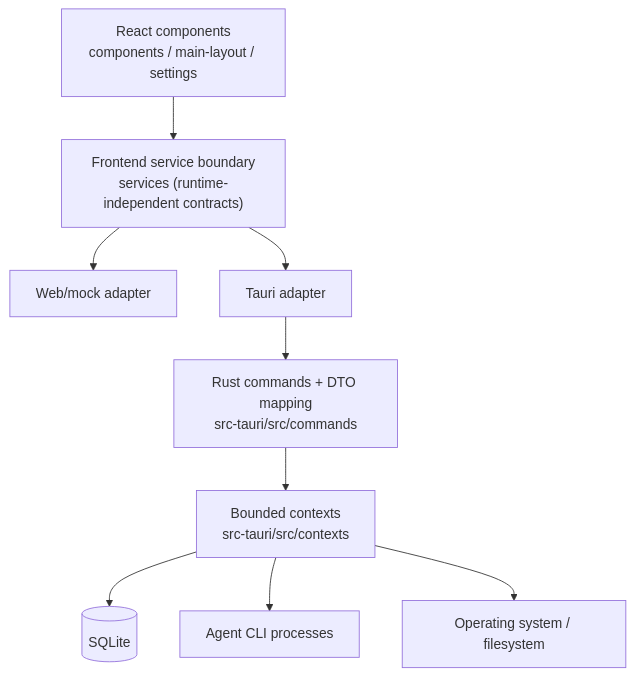
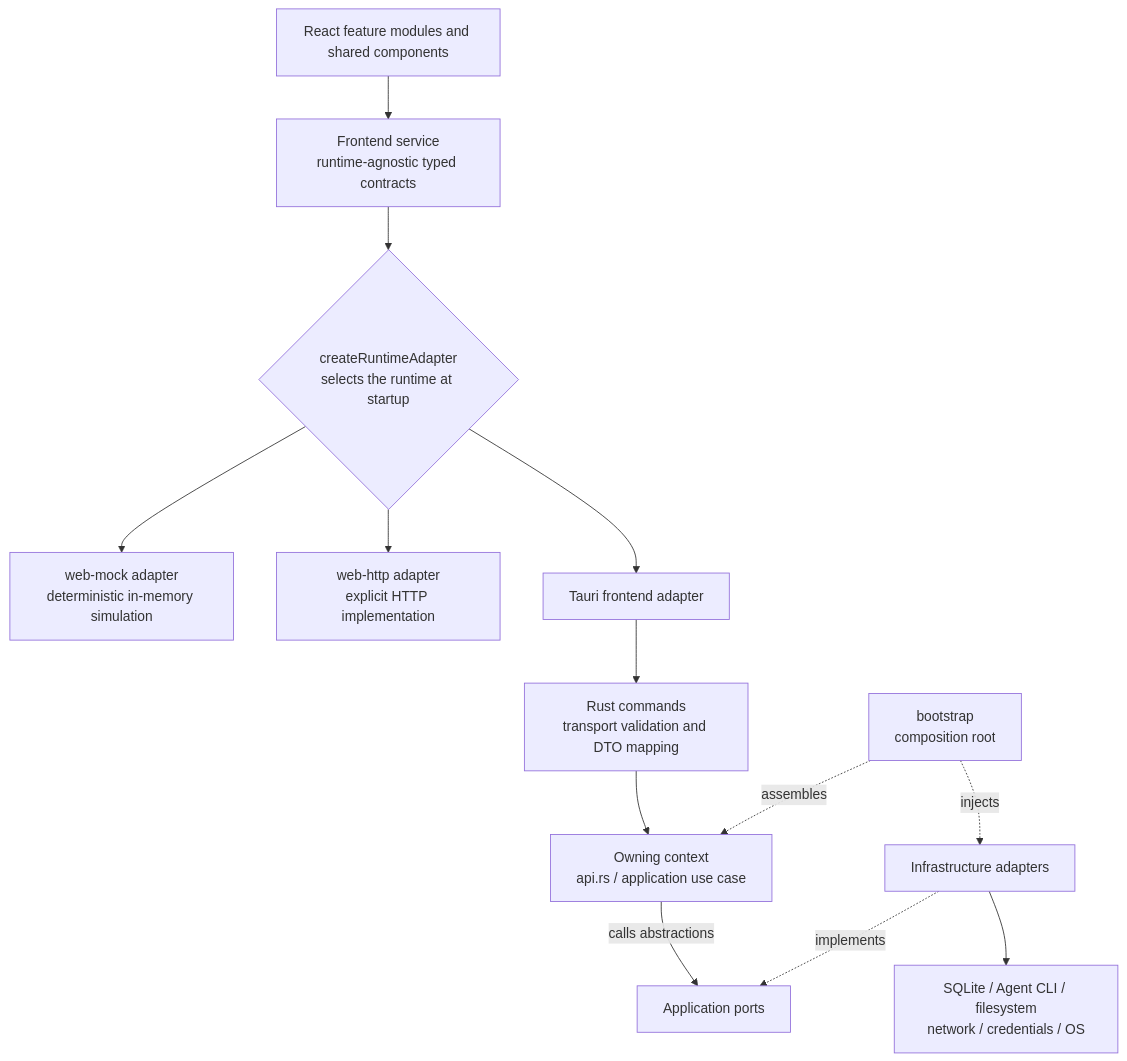
The first of 2 diagrams in docs/developer-guide/src/repository-orientation.md (cdavid817/vanehub-ai), drawn with Mermaid before and after one commit. The commit also changed other lines of this file and 80 other files, not shown here.

````diff
--- a/docs/developer-guide/src/repository-orientation.md
+++ b/docs/developer-guide/src/repository-orientation.md
@@ -7,13 +37,28 @@
 ```mermaid
 flowchart TB
-  UI["React components<br/>components / main-layout / settings"]
-  SVC["Frontend service boundary<br/>services (runtime-independent contracts)"]
-  UI --> SVC
-  SVC --> WEB["Web/mock adapter"]
-  SVC --> TAURI["Tauri adapter"]
-  TAURI --> CMD["Rust commands + DTO mapping<br/>src-tauri/src/commands"]
-  CMD --> CTX["Bounded contexts<br/>src-tauri/src/contexts"]
-  CTX --> SQLITE[("SQLite")]
-  CTX --> CLI["Agent CLI processes"]
-  CTX --> OS["Operating system / filesystem"]
+  UI["React feature modules and shared components"]
+  SVC["Frontend service<br/>runtime-agnostic typed contracts"]
+  SELECT{"createRuntimeAdapter<br/>selects the runtime at startup"}
+
+  MOCK["web-mock adapter<br/>deterministic in-memory simulation"]
+  HTTP["web-http adapter<br/>explicit HTTP implementation"]
+  TAURI["Tauri frontend adapter"]
+
+  CMD["Rust commands<br/>transport validation and DTO mapping"]
+  APP["Owning context<br/>api.rs / application use case"]
+  PORT["Application ports"]
+  INFRA["Infrastructure adapters"]
+  EXT["SQLite / Agent CLI / filesystem<br/>network / credentials / OS"]
+  BOOT["bootstrap<br/>composition root"]
+
+  UI --> SVC --> SELECT
+  SELECT --> MOCK
+  SELECT --> HTTP
+  SELECT --> TAURI
+  TAURI --> CMD --> APP
+  APP -->|calls abstractions| PORT
+  INFRA -.->|implements| PORT
+  INFRA --> EXT
+  BOOT -.->|assembles| APP
+  BOOT -.->|injects| INFRA
 ```
````
